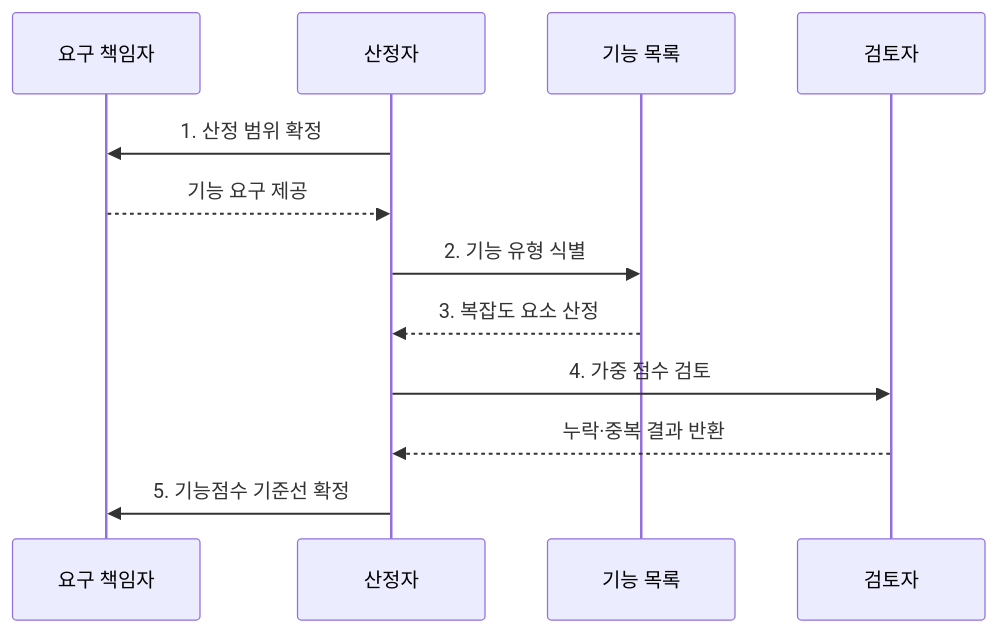
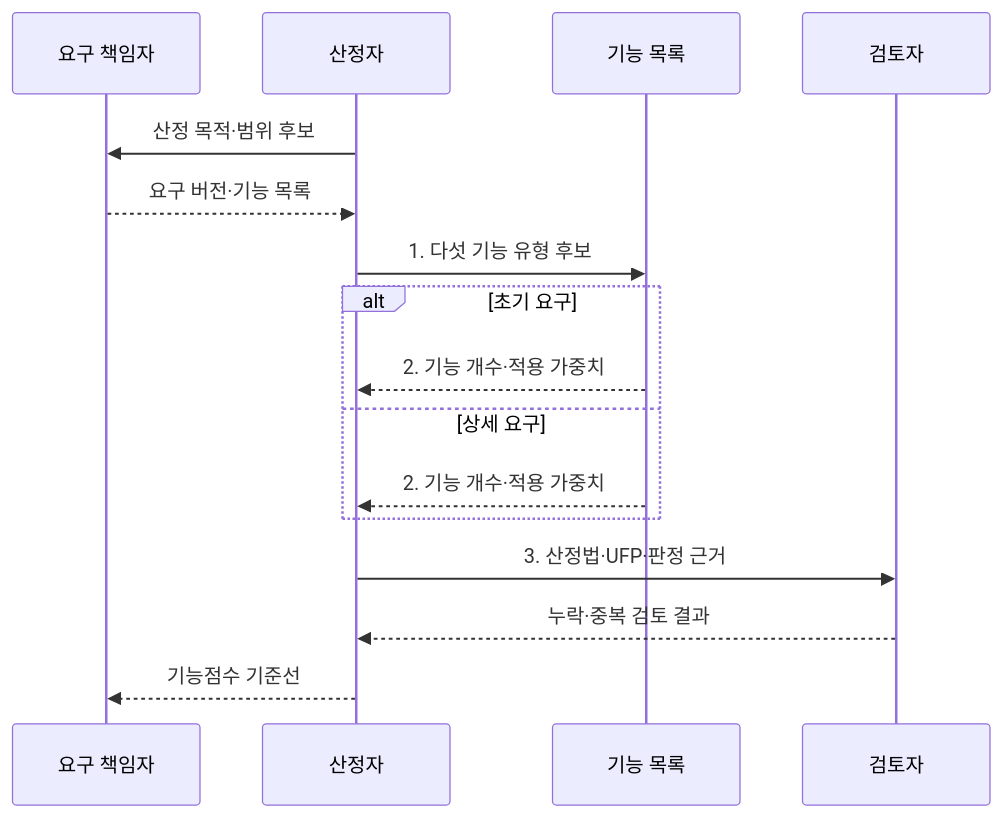
Before and after one commit to agnusdei1207/knowledge-base: the second of 2 diagrams in src/content/docs/notes/03-software/074_fp_estimation_method.md, drawn with Mermaid. The commit also changed other lines of this file and 20 other files, not shown here.

````diff
--- a/src/content/docs/notes/03-software/074_fp_estimation_method.md
+++ b/src/content/docs/notes/03-software/074_fp_estimation_method.md
@@ -78,14 +83,18 @@
 ```mermaid
 sequenceDiagram
     participant U as 요구 책임자
     participant O as 산정자
     participant F as 기능 목록
     participant R as 검토자
-    O->>U: 1. 산정 범위 확정
-    U-->>O: 기능 요구 제공
-    O->>F: 2. 기능 유형 식별
-    F-->>O: 3. 복잡도 요소 산정
-    O->>R: 4. 가중 점수 검토
-    R-->>O: 누락·중복 결과 반환
-    O->>U: 5. 기능점수 기준선 확정
+    O->>U: 산정 목적·범위 후보
+    U-->>O: 요구 버전·기능 목록
+    O->>F: 1. 다섯 기능 유형 후보
+    alt 초기 요구
+        F-->>O: 2. 기능 개수·적용 가중치
+    else 상세 요구
+        F-->>O: 2. 기능 개수·적용 가중치
+    end
+    O->>R: 3. 산정법·UFP·판정 근거
+    R-->>O: 누락·중복 검토 결과
+    O-->>U: 기능점수 기준선
 ```
````
